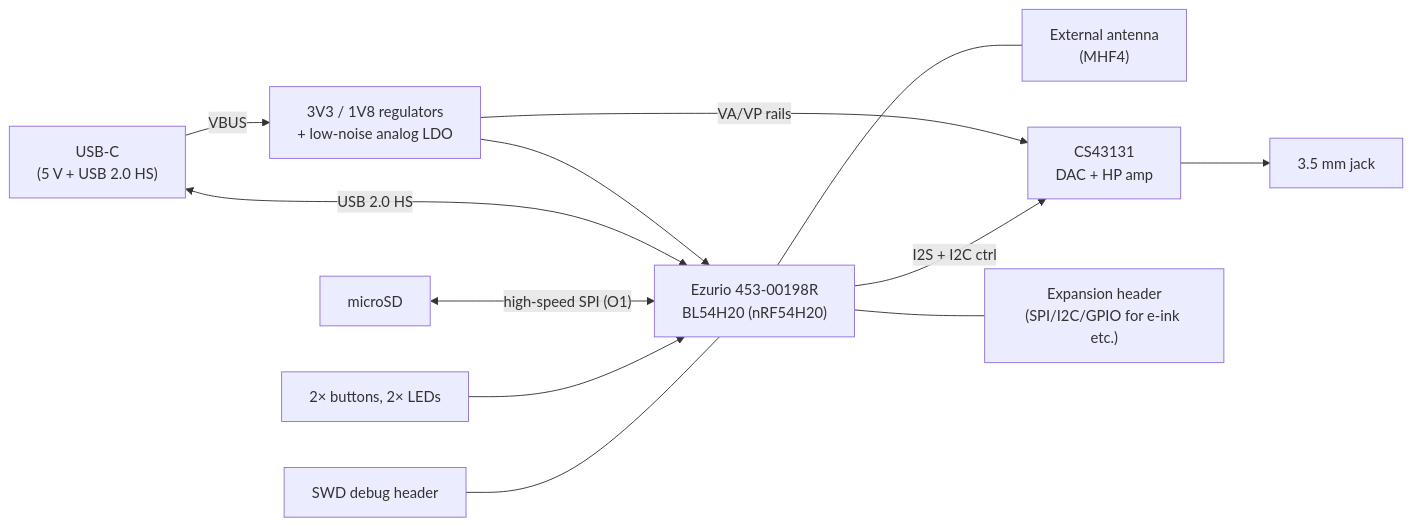
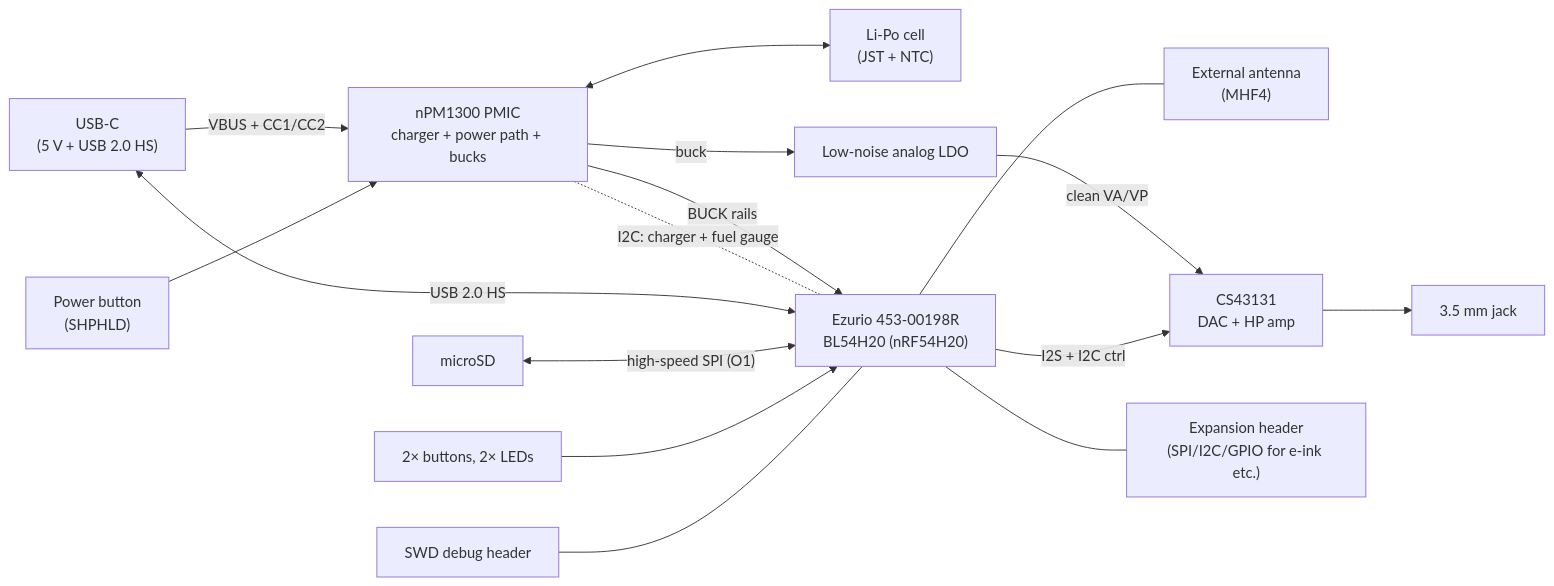
Before and after one commit to hoover55/osap: the diagram in POC1.md, drawn with Mermaid. The commit also changed other lines of this file and 1 other file, not shown here.

First line of the commit message:
Integrate nPM1300 PMIC into PoC-1 board

````diff
--- a/POC1.md
+++ b/POC1.md
@@ -39,23 +41,30 @@
 ```mermaid
 flowchart LR
     USBC["USB-C<br/>(5 V + USB 2.0 HS)"]
-    REG["3V3 / 1V8 regulators<br/>+ low-noise analog LDO"]
+    PMIC["nPM1300 PMIC<br/>charger + power path + bucks"]
+    BATT["Li-Po cell<br/>(JST + NTC)"]
+    PWRB["Power button<br/>(SHPHLD)"]
+    REG["Low-noise analog LDO"]
     MOD["Ezurio 453-00198R<br/>BL54H20 (nRF54H20)"]
     ANTE["External antenna<br/>(MHF4)"]
     DAC["CS43131<br/>DAC + HP amp"]
     JACK["3.5 mm jack"]
     SD["microSD"]
     UI["2× buttons, 2× LEDs"]
     SWD["SWD debug header"]
     EXP["Expansion header<br/>(SPI/I2C/GPIO for e-ink etc.)"]
 
-    USBC -- "VBUS" --> REG --> MOD
-    REG -- "VA/VP rails" --> DAC
+    USBC -- "VBUS + CC1/CC2" --> PMIC
+    PMIC <--> BATT
+    PWRB --> PMIC
+    PMIC -- "BUCK rails" --> MOD
+    PMIC -- "buck" --> REG -- "clean VA/VP" --> DAC
+    PMIC -. "I2C: charger + fuel gauge" .- MOD
     USBC <-- "USB 2.0 HS" --> MOD
     MOD -- "I2S + I2C ctrl" --> DAC --> JACK
     SD <-- "high-speed SPI (O1)" --> MOD
     UI --> MOD
     SWD --- MOD
     MOD --- ANTE
     MOD --- EXP
 ```
````
